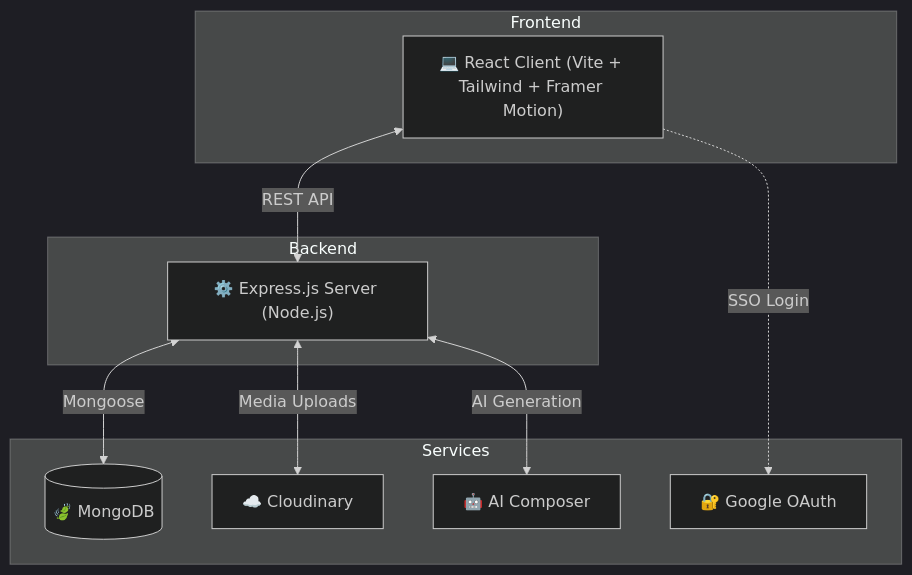
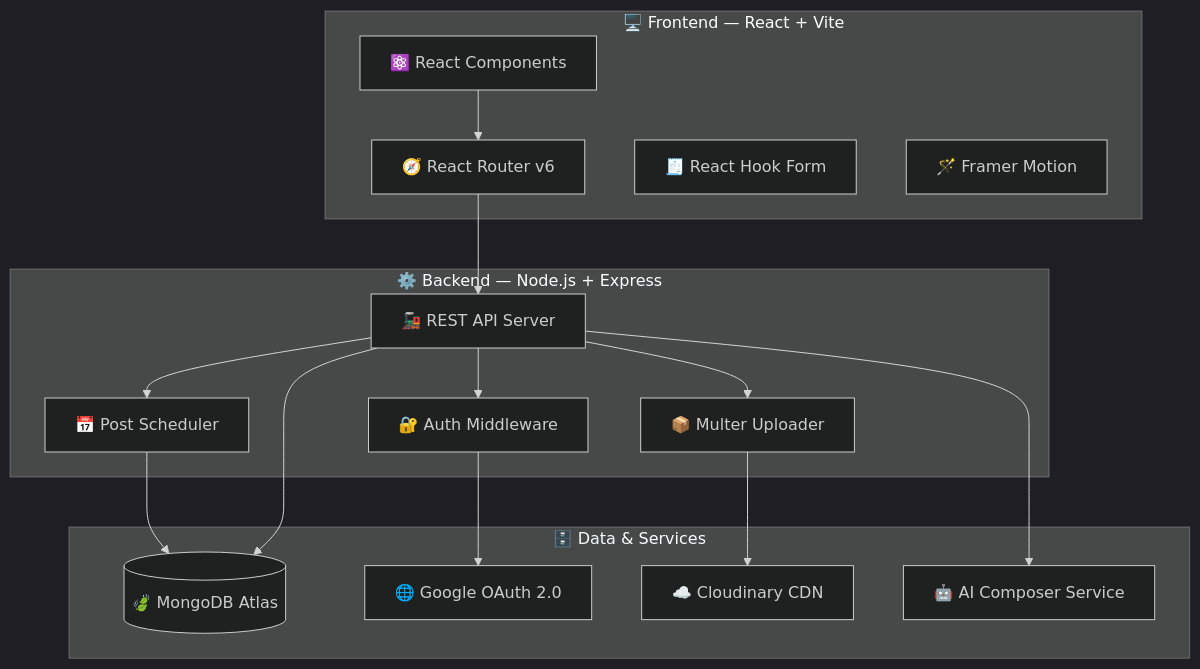
One commit to Aadityaanand2002/Social-Scheduler changed the diagram in README.md. Above: the diagram before and after it, drawn with Mermaid (dark theme). The commit also changed other lines of this file, not shown here.

````diff
--- a/README.md
+++ b/README.md
@@ -64,23 +163,34 @@
 ```mermaid
 graph TD
-    subgraph Frontend
-        Client["💻 React Client (Vite + Tailwind + Framer Motion)"]
+    subgraph "🖥️ Frontend — React + Vite"
+        UI["⚛️ React Components"]
+        Router["🧭 React Router v6"]
+        Forms["🧾 React Hook Form"]
+        Motion["🪄 Framer Motion"]
     end
 
-    subgraph Backend
-        API["⚙️ Express.js Server (Node.js)"]
+    subgraph "⚙️ Backend — Node.js + Express"
+        API["🚂 REST API Server"]
+        Auth["🔐 Auth Middleware"]
+        Scheduler["📅 Post Scheduler"]
+        Uploader["📦 Multer Uploader"]
     end
 
-    subgraph Services
-        DB[("🍃 MongoDB")]
-        Auth["🔐 Google OAuth"]
-        CDN["☁️ Cloudinary"]
-        AI["🤖 AI Composer"]
+    subgraph "🗄️ Data & Services"
+        DB[("🍃 MongoDB Atlas")]
+        CloudAuth["🌐 Google OAuth 2.0"]
+        CDN["☁️ Cloudinary CDN"]
+        AI["🤖 AI Composer Service"]
     end
 
-    Client <-->|"REST API"| API
-    Client -.->|"SSO Login"| Auth
-    API <-->|"Mongoose"| DB
-    API <-->|"Media Uploads"| CDN
-    API <-->|"AI Generation"| AI
+    UI --> Router
+    Router --> API
+    API --> Auth
+    API --> Scheduler
+    API --> Uploader
+    Auth --> CloudAuth
+    Scheduler --> DB
+    Uploader --> CDN
+    API --> AI
+    API --> DB
 ```
````
